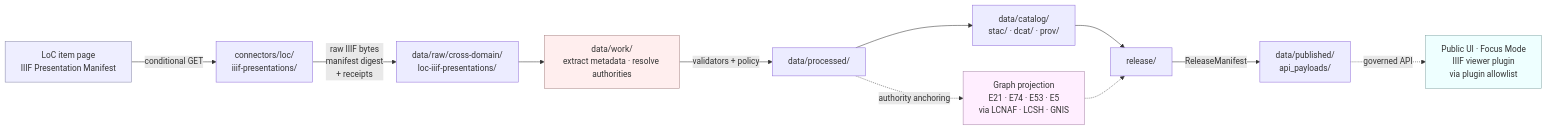
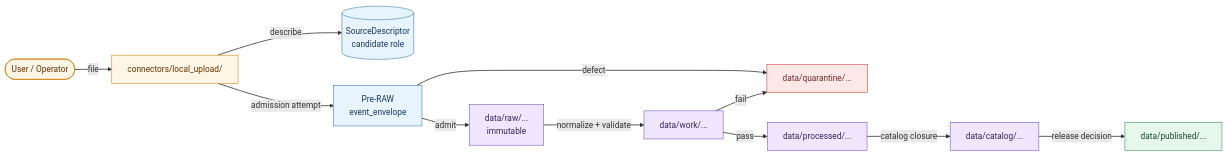
One commit to bartytime4life/Kansas-Frontier-Matrix changed the first of 2 diagrams in docs/sources/catalog/local_upload/README.md. Above: the diagram before and after it, drawn with Mermaid. The commit also changed other lines of this file, not shown here.

````diff
--- a/docs/sources/catalog/local_upload/README.md
+++ b/docs/sources/catalog/local_upload/README.md
@@ -114,17 +98,32 @@
 ```mermaid
 flowchart LR
-    A[LoC item page<br/>IIIF Presentation Manifest] -->|conditional GET| B[connectors/loc/<br/>iiif-presentations/]
-    B -->|raw IIIF bytes<br/>manifest digest<br/>+ receipts| C[data/raw/cross-domain/<br/>loc-iiif-presentations/]
-    C --> D[data/work/<br/>extract metadata · resolve authorities]
-    D -->|validators + policy| E[data/processed/]
-    E --> F[data/catalog/<br/>stac/ · dcat/ · prov/]
-    E -.->|authority anchoring| G[Graph projection<br/>E21 · E74 · E53 · E5<br/>via LCNAF · LCSH · GNIS]
-    F --> H[release/]
-    G -.-> H
-    H -->|ReleaseManifest| I[data/published/<br/>api_payloads/]
-    I -.->|governed API| J[Public UI · Focus Mode<br/>IIIF viewer plugin<br/>via plugin allowlist]
-    style A fill:#eef,stroke:#88a
-    style G fill:#fef,stroke:#a8a
-    style J fill:#eff,stroke:#8aa
-    style D fill:#fee,stroke:#a88
+    classDef src fill:#fff5e6,stroke:#cc7a00,color:#663300
+    classDef gov fill:#e8f4fd,stroke:#2b6cb0,color:#1a365d
+    classDef life fill:#f0e6ff,stroke:#6b46c1,color:#322659
+    classDef pub fill:#e6f7ec,stroke:#2f855a,color:#1c4532
+    classDef deny fill:#fde8e8,stroke:#c53030,color:#742a2a
+
+    User([User / Operator]):::src
+    Conn[connectors/local_upload/]:::src
+    SD[(SourceDescriptor<br/>candidate role)]:::gov
+    PreRaw[Pre-RAW<br/>event_envelope]:::gov
+    Raw[data/raw/...<br/>immutable]:::life
+    QT[data/quarantine/...]:::deny
+    Work[data/work/...]:::life
+    Proc[data/processed/...]:::life
+    Cat[data/catalog/...]:::life
+    Pub[data/published/...]:::pub
+
+    User -->|file| Conn
+    Conn -->|describe| SD
+    Conn -->|admission attempt| PreRaw
+    PreRaw -->|admit| Raw
+    PreRaw -->|defect| QT
+    Raw -->|normalize + validate| Work
+    Work -->|fail| QT
+    Work -->|pass| Proc
+    Proc -->|catalog closure| Cat
+    Cat -->|release decision| Pub
+
+    linkStyle default stroke-width:1.5px
 ```
````
